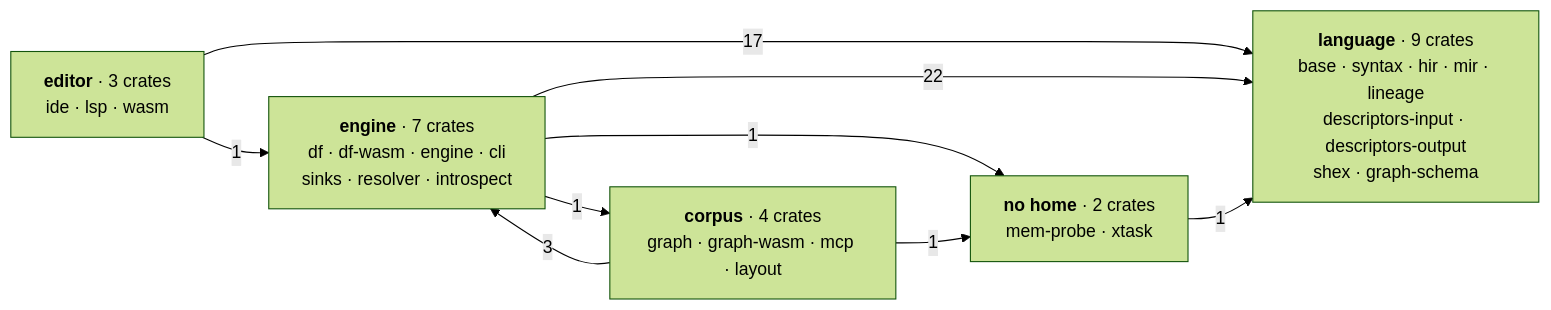
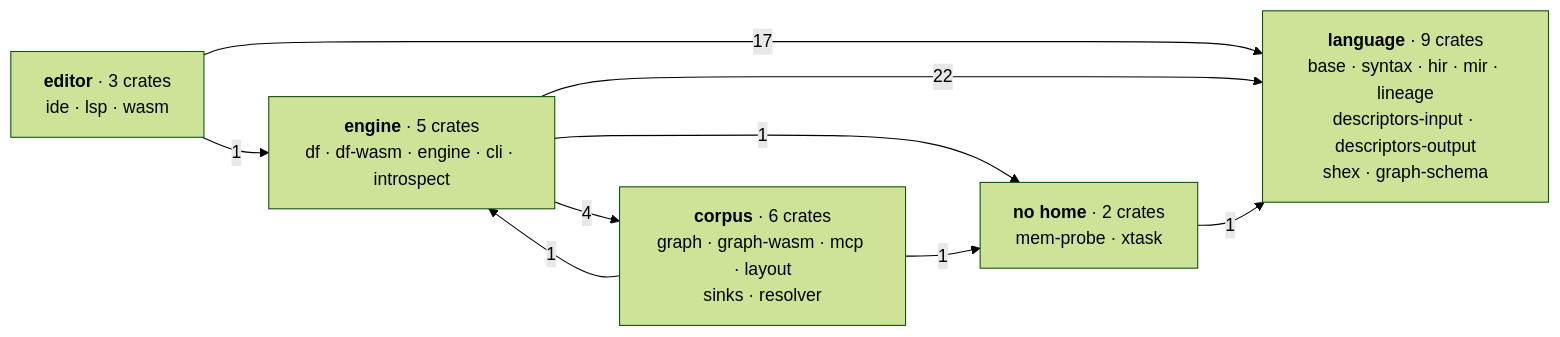
The first of 4 diagrams in apps/docs/content/docs/(root)/architecture.mdx (Kanzo-Tech/fossil-lang), drawn with Mermaid (forest theme) before and after one commit. The commit also changed other lines of this file and 1 other file, not shown here.

````diff
--- a/apps/docs/content/docs/(root)/architecture.mdx
+++ b/apps/docs/content/docs/(root)/architecture.mdx
@@ -14,17 +14,17 @@
 ```mermaid
 graph LR
   L["<b>language</b> · 9 crates<br/>base · syntax · hir · mir · lineage<br/>descriptors-input · descriptors-output<br/>shex · graph-schema"]
   E["<b>editor</b> · 3 crates<br/>ide · lsp · wasm"]
-  M["<b>engine</b> · 7 crates<br/>df · df-wasm · engine · cli<br/>sinks · resolver · introspect"]
-  C["<b>corpus</b> · 4 crates<br/>graph · graph-wasm · mcp · layout"]
+  M["<b>engine</b> · 5 crates<br/>df · df-wasm · engine · cli · introspect"]
+  C["<b>corpus</b> · 6 crates<br/>graph · graph-wasm · mcp · layout<br/>sinks · resolver"]
   X["<b>no home</b> · 2 crates<br/>mem-probe · xtask"]
 
   E -->|17| L
   E -->|1| M
   M -->|22| L
-  M -->|1| C
-  C -->|3| M
+  M -->|4| C
+  C -->|1| M
   X -->|1| L
   M -->|1| X
   C -->|1| X
 ```
````
